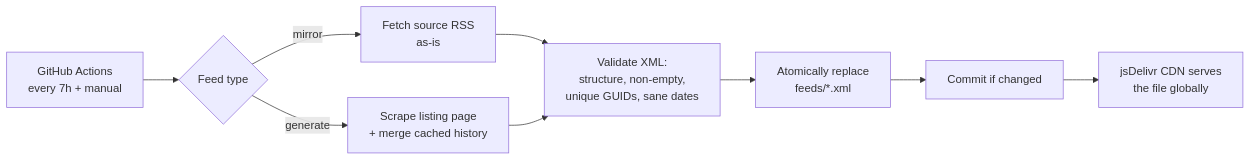
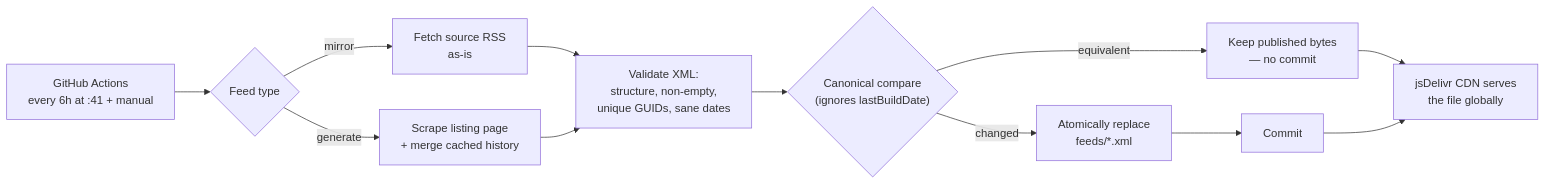
The diagram in README.md (unclemicdo/rss-mirror-feeds), drawn with Mermaid before and after one commit. The commit also changed other lines of this file and 5 other files, not shown here.

First line of the commit message:
Publish only real feed changes: normalized compare ignoring build timestamps

````diff
--- a/README.md
+++ b/README.md
@@ -25,11 +28,13 @@
 ```mermaid
 flowchart LR
-    A["GitHub Actions<br/>every 7h + manual"] --> B{"Feed type"}
+    A["GitHub Actions<br/>every 6h at :41 + manual"] --> B{"Feed type"}
     B -->|mirror| C["Fetch source RSS<br/>as-is"]
     B -->|generate| D["Scrape listing page<br/>+ merge cached history"]
     C --> E["Validate XML:<br/>structure, non-empty,<br/>unique GUIDs, sane dates"]
     D --> E
-    E --> F["Atomically replace<br/>feeds/*.xml"]
-    F --> G["Commit if changed"]
-    G --> H["jsDelivr CDN serves<br/>the file globally"]
+    E --> F{"Canonical compare<br/>(ignores lastBuildDate)"}
+    F -->|equivalent| G["Keep published bytes<br/>— no commit"]
+    F -->|changed| H["Atomically replace<br/>feeds/*.xml"]
+    H --> I["Commit"]
+    G & I --> J["jsDelivr CDN serves<br/>the file globally"]
 ```
````
